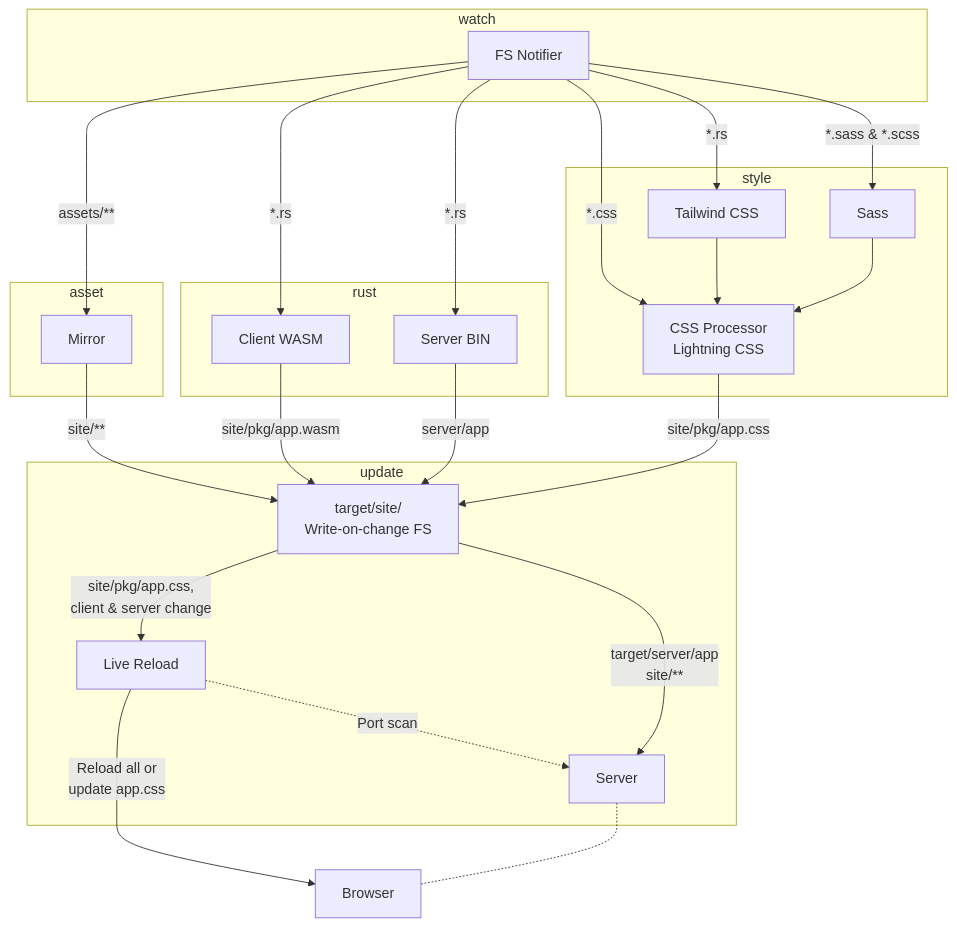
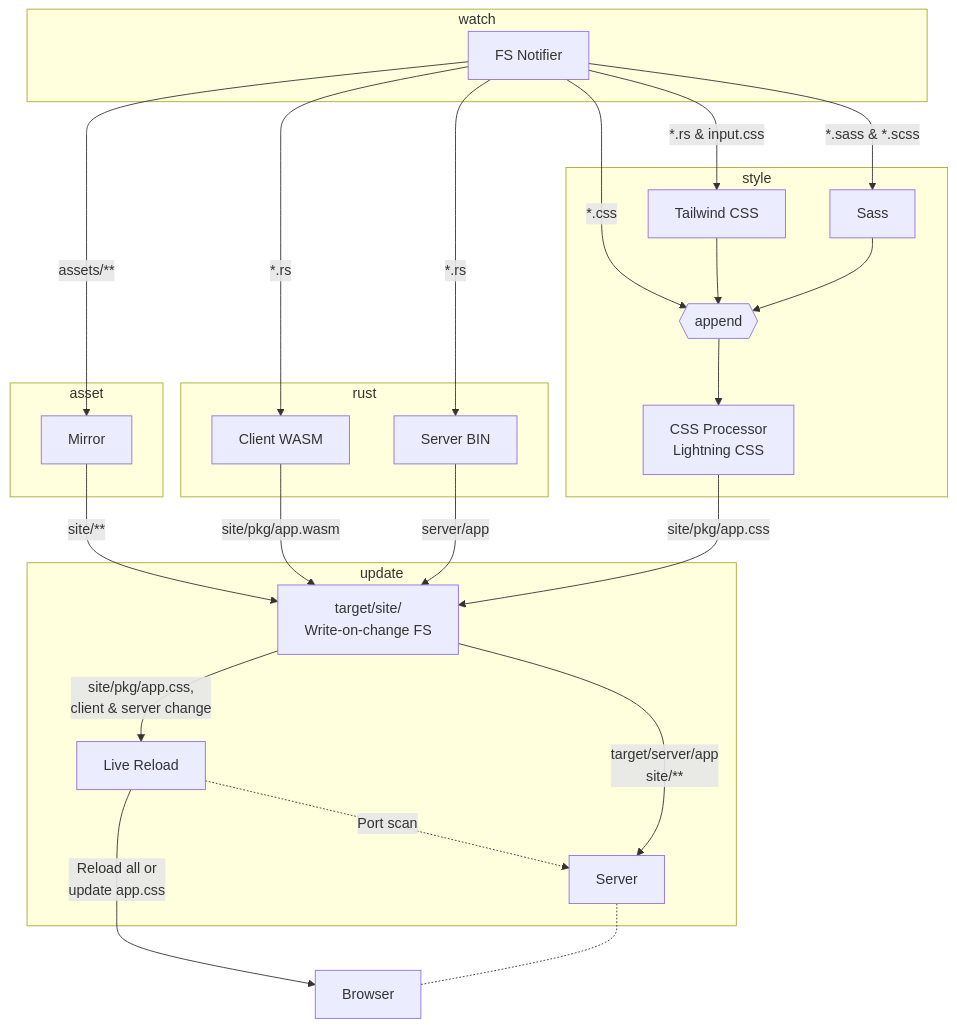
The first of 2 diagrams in src/readme.md (leptos-rs/cargo-leptos), drawn with Mermaid before and after one commit. The commit also changed 3 other files, not shown here.

````diff
--- a/src/readme.md
+++ b/src/readme.md
@@ -7,51 +7,53 @@
 ```mermaid
 graph TD;
   subgraph Watcher[watch]
     Watch[FS Notifier];
   end
-  Watch-->|"*.rs"| TailW;
+  Watch-->|"*.rs & input.css"| TailW;
   Watch-->|"*.sass & *.scss"| Sass;
-  Watch-->|"*.css"| CSSProc;
+  Watch-->|"*.css"| Append;
   Watch-->|"*.rs"| WASM;
   Watch-->|"*.rs"| BIN;
   Watch-->|"assets/**"| Mirror;
 
   subgraph style
     TailW[Tailwind CSS];
     Sass;
-    CSSProc[CSS Processor<br>Lightning CSS]
+    CSSProc[CSS Processor<br>Lightning CSS];
+    Append{{append}};
   end
 
-  TailW --> CSSProc;
-  Sass --> CSSProc;
+  TailW --> Append;
+  Sass --> Append;
+  Append --> CSSProc;
 
   subgraph rust
     WASM[Client WASM];
     BIN[Server BIN];
   end
 
   subgraph asset
     Mirror
   end
 
   subgraph update
     WOC[target/site/<br>Write-on-change FS];
     Live[Live Reload];
     Server;
   end
 
   Mirror -->|"site/**"| WOC;
   WASM -->|"site/pkg/app.wasm"| WOC;
   BIN -->|"server/app"| WOC;
   CSSProc -->|"site/pkg/app.css"| WOC;
 
   Live -.->|Port scan| Server;
 
   WOC -->|"target/server/app<br>site/**"| Server;
   WOC -->|"site/pkg/app.css, <br>client & server change"| Live;
 
   Live -->|"Reload all or<br>update app.css"| Browser
 
   Browser;
   Server -.- Browser;
 ```
````
